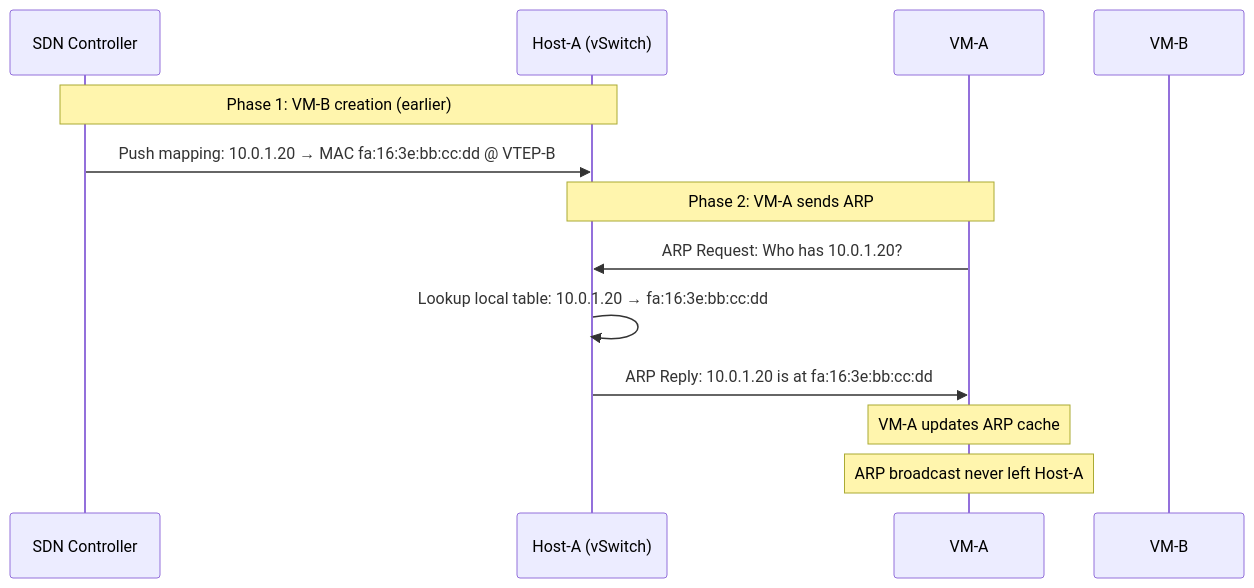
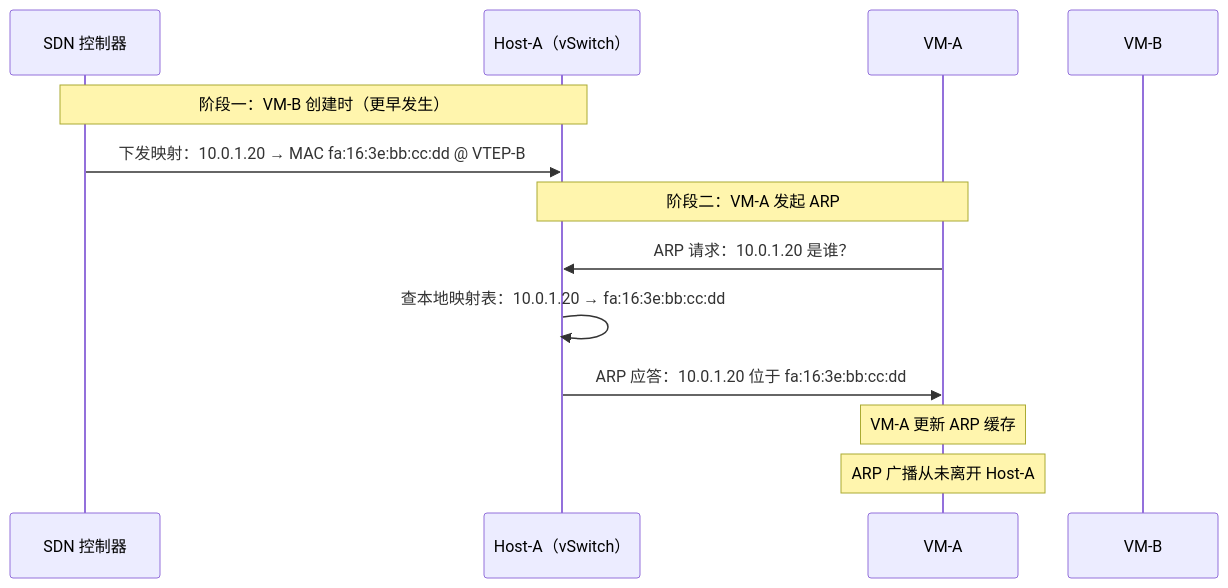
The first of 3 diagrams in docs/08.同一个子网内的通信ARP代答与封包.md (caozhiyi/network-book), drawn with Mermaid before and after one commit. The commit also changed other lines of this file and 77 other files, not shown here.

````diff
--- a/docs/08.同一个子网内的通信ARP代答与封包.md
+++ b/docs/08.同一个子网内的通信ARP代答与封包.md
@@ -74,18 +66,18 @@
 ```mermaid
 sequenceDiagram
-    participant SDN as SDN Controller
-    participant HA as Host-A (vSwitch)
+    participant SDN as SDN 控制器
+    participant HA as Host-A（vSwitch）
     participant VMA as VM-A
     participant VMB as VM-B
 
-    Note over SDN,HA: Phase 1: VM-B creation (earlier)
-    SDN->>HA: Push mapping: 10.0.1.20 → MAC fa:16:3e:bb:cc:dd @ VTEP-B
+    Note over SDN,HA: 阶段一：VM-B 创建时（更早发生）
+    SDN->>HA: 下发映射：10.0.1.20 → MAC fa:16:3e:bb:cc:dd @ VTEP-B
 
-    Note over VMA,HA: Phase 2: VM-A sends ARP
-    VMA->>HA: ARP Request: Who has 10.0.1.20?
-    HA->>HA: Lookup local table: 10.0.1.20 → fa:16:3e:bb:cc:dd
-    HA->>VMA: ARP Reply: 10.0.1.20 is at fa:16:3e:bb:cc:dd
+    Note over VMA,HA: 阶段二：VM-A 发起 ARP
+    VMA->>HA: ARP 请求：10.0.1.20 是谁？
+    HA->>HA: 查本地映射表：10.0.1.20 → fa:16:3e:bb:cc:dd
+    HA->>VMA: ARP 应答：10.0.1.20 位于 fa:16:3e:bb:cc:dd
 
-    Note over VMA: VM-A updates ARP cache
-    Note over VMA: ARP broadcast never left Host-A
+    Note over VMA: VM-A 更新 ARP 缓存
+    Note over VMA: ARP 广播从未离开 Host-A
 ```
````
